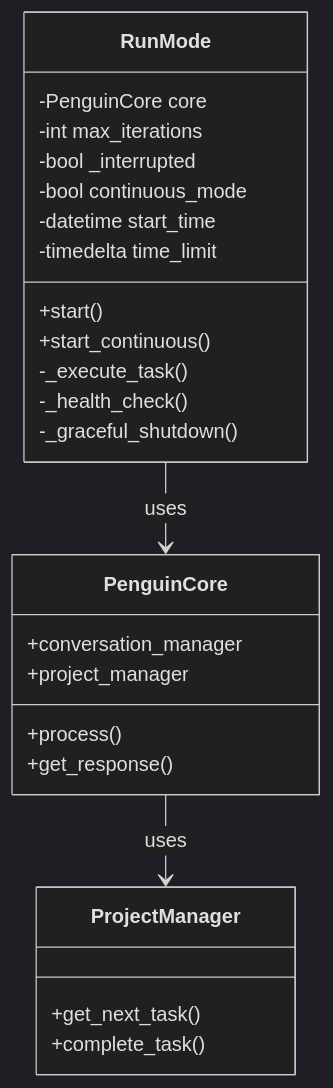
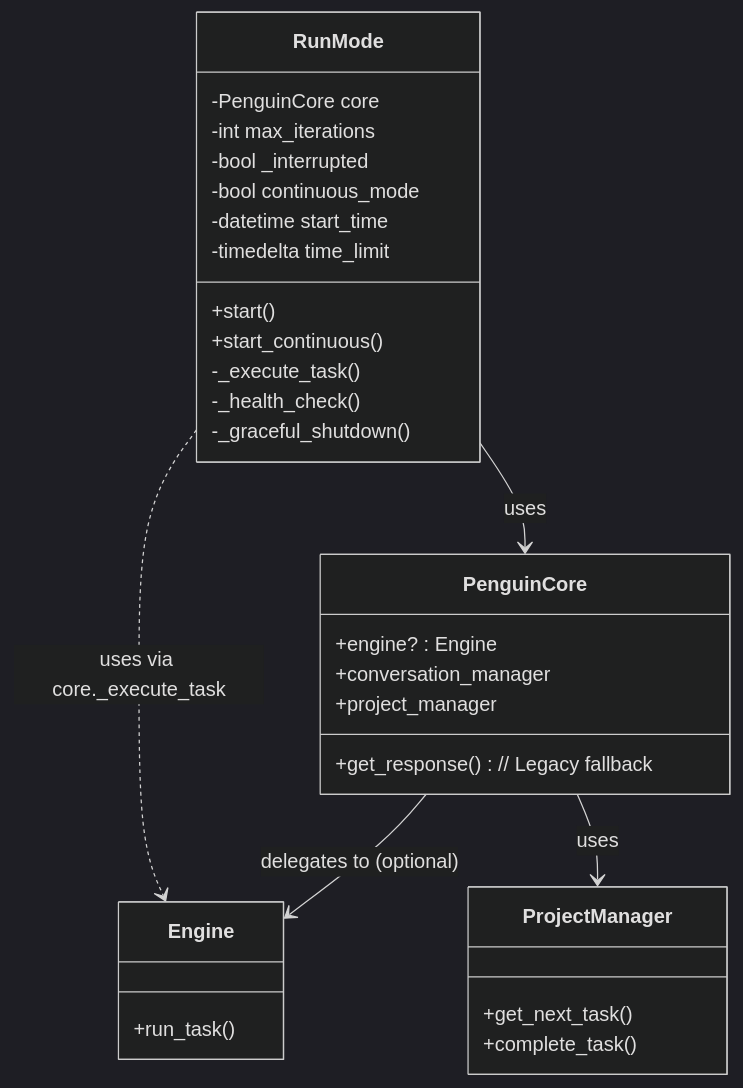
One commit to Maximooch/penguin changed the first of 3 diagrams in docs/docs/system/run-mode.md. Above: the diagram before and after it, drawn with Mermaid (dark theme). The commit also changed other lines of this file and 3 other files, not shown here.

````diff
--- a/docs/docs/system/run-mode.md
+++ b/docs/docs/system/run-mode.md
@@ -13,31 +13,37 @@
 ```mermaid
 classDiagram
     class RunMode {
         -PenguinCore core
         -int max_iterations
         -bool _interrupted
         -bool continuous_mode
         -datetime start_time
         -timedelta time_limit
         +start()
         +start_continuous()
         -_execute_task()
         -_health_check()
         -_graceful_shutdown()
     }
-    
+
+    class Engine {
+        +run_task()
+    }
+
     class PenguinCore {
+        +engine? : Engine
         +conversation_manager
         +project_manager
-        +process()
-        +get_response()
+        +get_response() // Legacy fallback
     }
-    
+
     class ProjectManager {
         +get_next_task()
         +complete_task()
     }
-    
+
     RunMode --> PenguinCore : uses
+    PenguinCore --> Engine : delegates to (optional)
     PenguinCore --> ProjectManager : uses
+    RunMode ..> Engine : uses via core._execute_task
 ```
````
